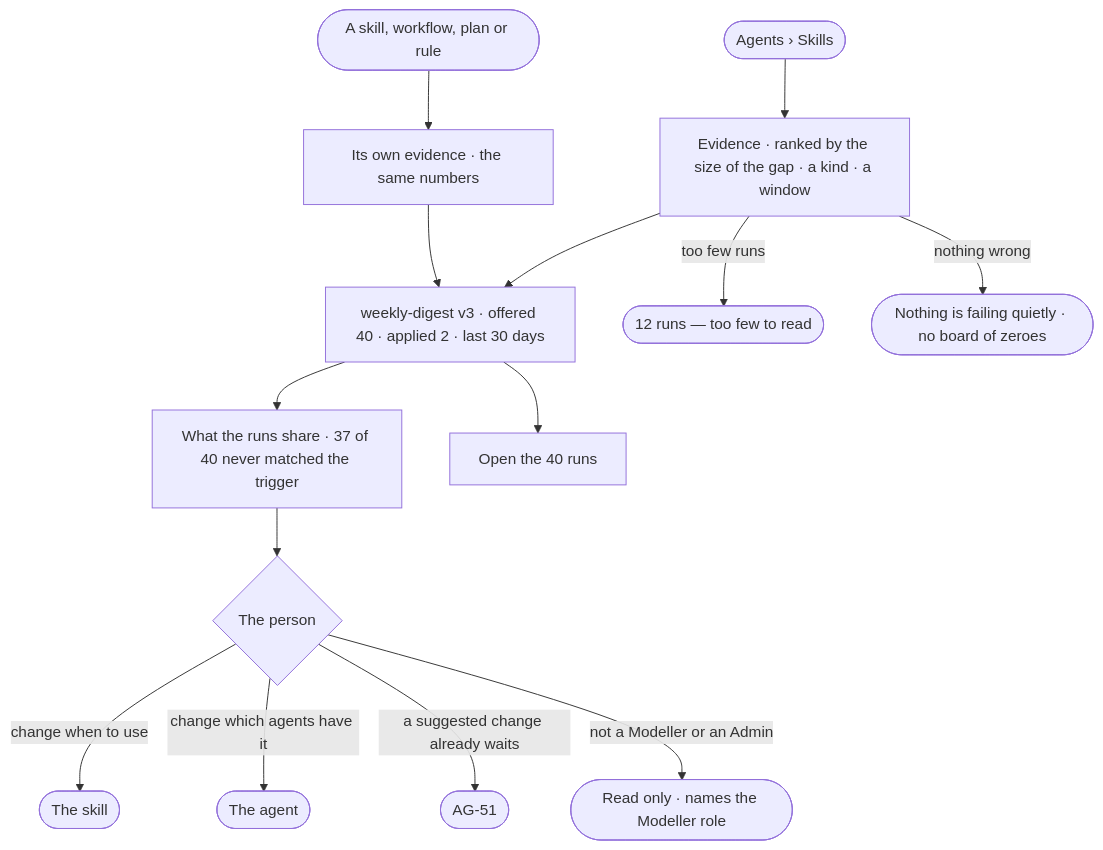
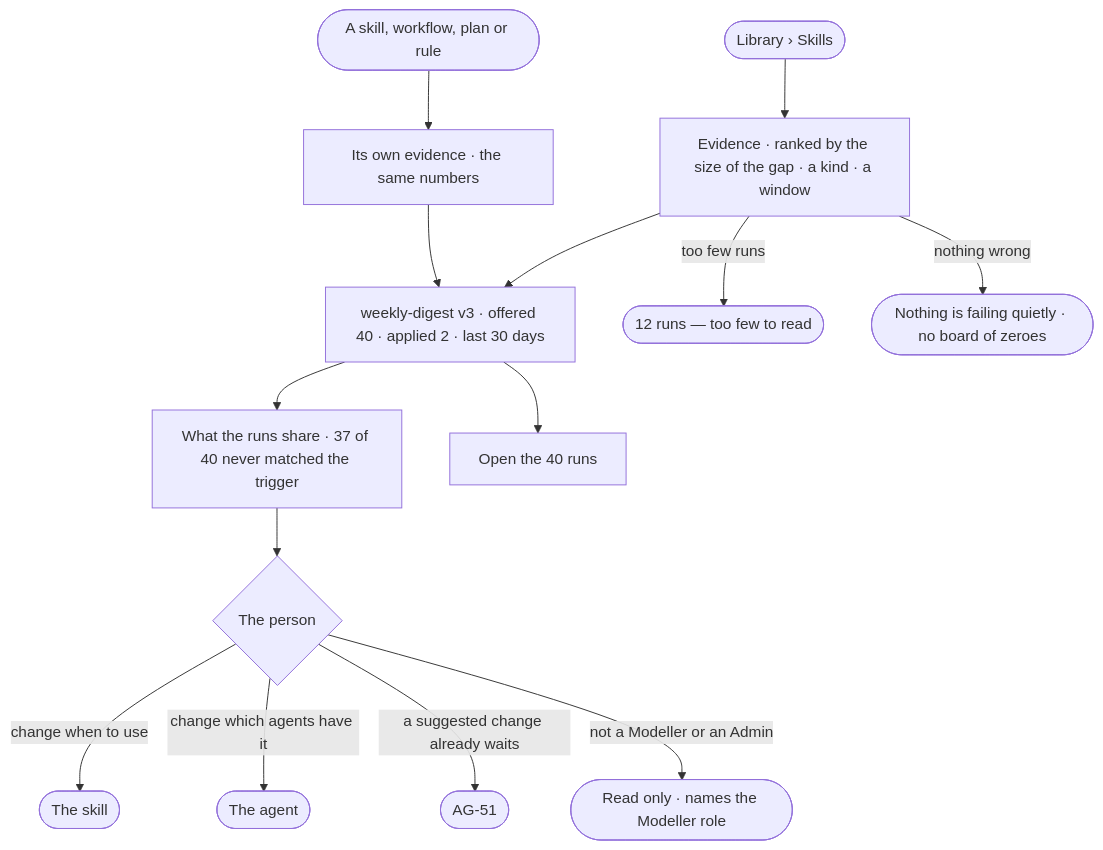
One commit to invana/invana changed the diagram in specs/capabilities/agents/features/AG-F09-learn-from-memory/stories/AG-49-see-what-is-failing-quietly/story.md. Above: the diagram before and after it, drawn with Mermaid. The commit also changed other lines of this file and 106 other files, not shown here.

````diff
--- a/specs/capabilities/agents/features/AG-F09-learn-from-memory/stories/AG-49-see-what-is-failing-quietly/story.md
+++ b/specs/capabilities/agents/features/AG-F09-learn-from-memory/stories/AG-49-see-what-is-failing-quietly/story.md
@@ -29,16 +29,16 @@
 ```mermaid
 flowchart TD
-  a([Agents › Skills]) --> e["Evidence · ranked by the size of the gap · a kind · a window"]
+  a([Library › Skills]) --> e["Evidence · ranked by the size of the gap · a kind · a window"]
   s([A skill, workflow, plan or rule]) --> e2["Its own evidence · the same numbers"]
   e --> c["weekly-digest v3 · offered 40 · applied 2 · last 30 days"]
   e2 --> c
   c --> sh["What the runs share · 37 of 40 never matched the trigger"]
   c --> r["Open the 40 runs"]
   sh --> d{The person}
   d -->|change when to use| sk(["The skill"])
   d -->|change which agents have it| ag(["The agent"])
   d -->|a suggested change already waits| sg(["AG-51"])
   d -->|not a Modeller or an Admin| ro(["Read only · names the Modeller role"])
   e -->|too few runs| few(["12 runs — too few to read"])
   e -->|nothing wrong| ok(["Nothing is failing quietly · no board of zeroes"])
 ```
````
